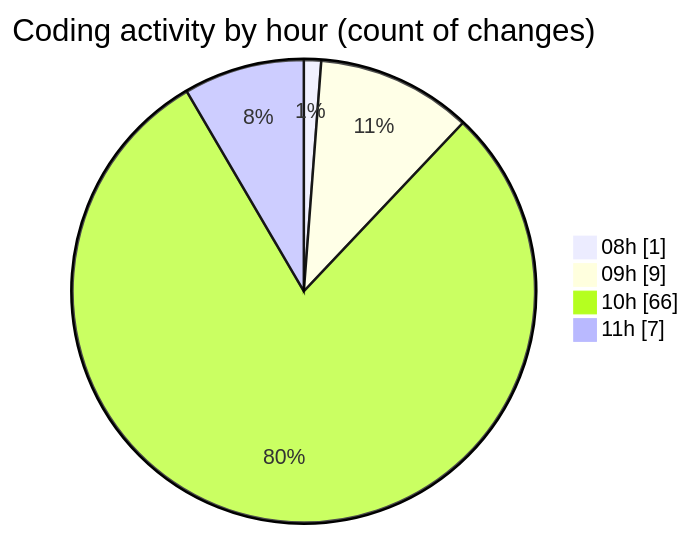
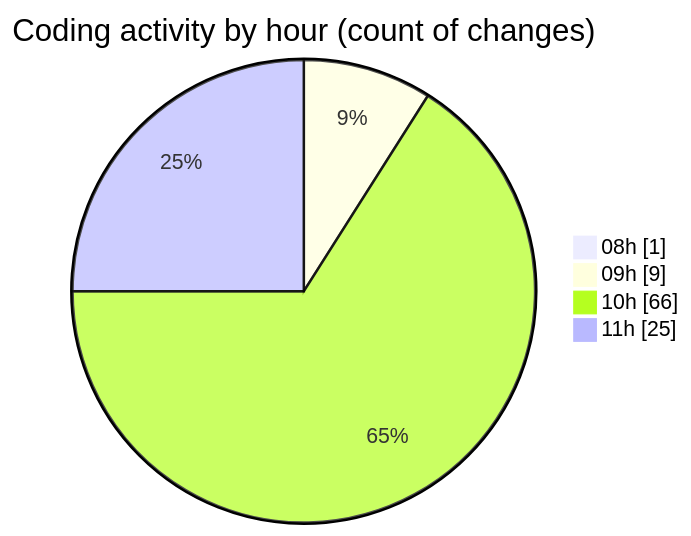
One commit to BS-eng2023/code-tracking changed the second of 2 diagrams in 2025-04-04/jsvms/README.md. Above: the diagram before and after it, drawn with Mermaid. The commit also changed other lines of this file and 1 other file, not shown here.

````diff
--- a/2025-04-04/jsvms/README.md
+++ b/2025-04-04/jsvms/README.md
@@ -37,8 +37,8 @@
 ```mermaid
 pie showData
 title Coding activity by hour (count of changes)
 "08h" : 1
 "09h" : 9
 "10h" : 66
-"11h" : 7
+"11h" : 25
 ```
````
